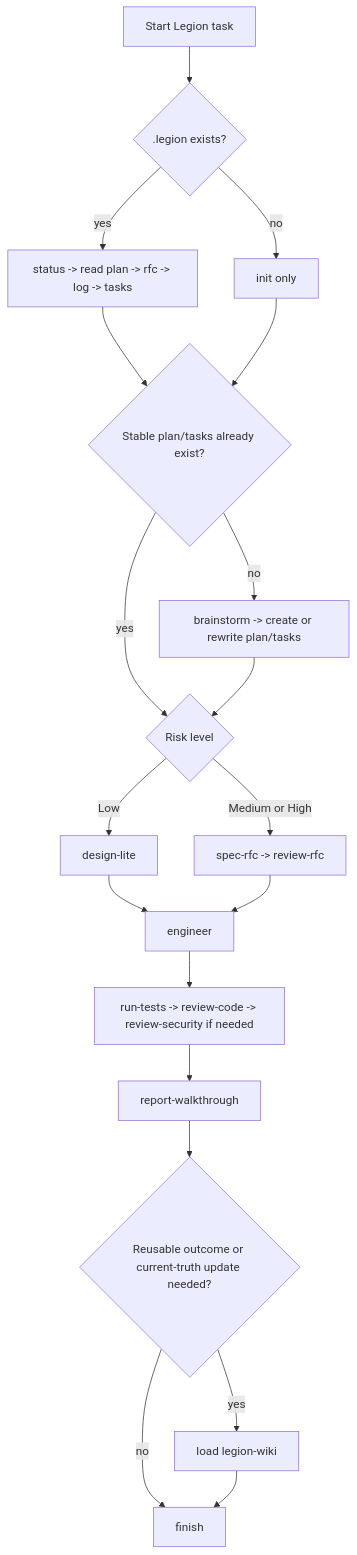
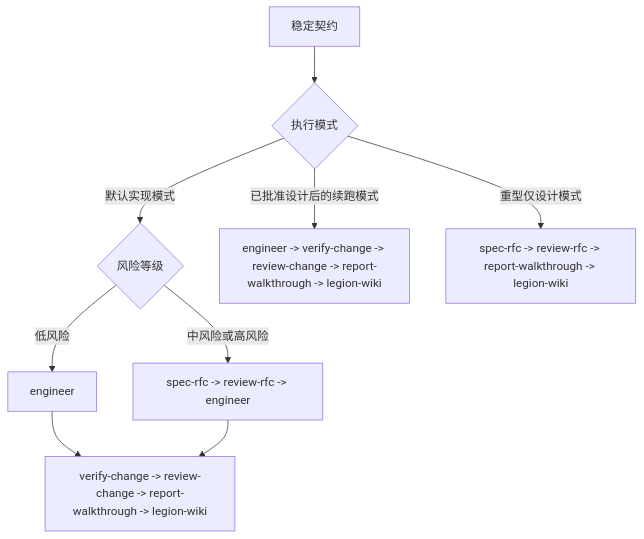
The second of 2 diagrams in skills/legion-workflow/SKILL.md (Thrimbda/legion-mind), drawn with Mermaid before and after one commit. The commit also changed other lines of this file and 147 other files, not shown here.

````diff
--- a/skills/legion-workflow/SKILL.md
+++ b/skills/legion-workflow/SKILL.md
@@ -93,21 +57,11 @@
 ```mermaid
 flowchart TD
-    A[Start Legion task] --> B{.legion exists?}
-    B -- yes --> C[status -> read plan -> rfc -> log -> tasks]
-    B -- no --> D[init only]
-    C --> E{Stable plan/tasks already exist?}
-    D --> E
-    E -- no --> F[brainstorm -> create or rewrite plan/tasks]
-    E -- yes --> G{Risk level}
-    F --> G
-    G -- Low --> H[design-lite]
-    G -- Medium or High --> I[spec-rfc -> review-rfc]
-    H --> J[engineer]
-    I --> J
-    J --> K[run-tests -> review-code -> review-security if needed]
-    K --> L[report-walkthrough]
-    L --> M{Reusable outcome or current-truth update needed?}
-    M -- yes --> N[load legion-wiki]
-    M -- no --> O[finish]
-    N --> O
+    A[稳定契约] --> B{执行模式}
+    B -- 默认实现模式 --> C{风险等级}
+    C -- 低风险 --> D[engineer]
+    C -- 中风险或高风险 --> E[spec-rfc -> review-rfc -> engineer]
+    D --> F[verify-change -> review-change -> report-walkthrough -> legion-wiki]
+    E --> F
+    B -- 已批准设计后的续跑模式 --> H[engineer -> verify-change -> review-change -> report-walkthrough -> legion-wiki]
+    B -- 重型仅设计模式 --> G[spec-rfc -> review-rfc -> report-walkthrough -> legion-wiki]
 ```
````
